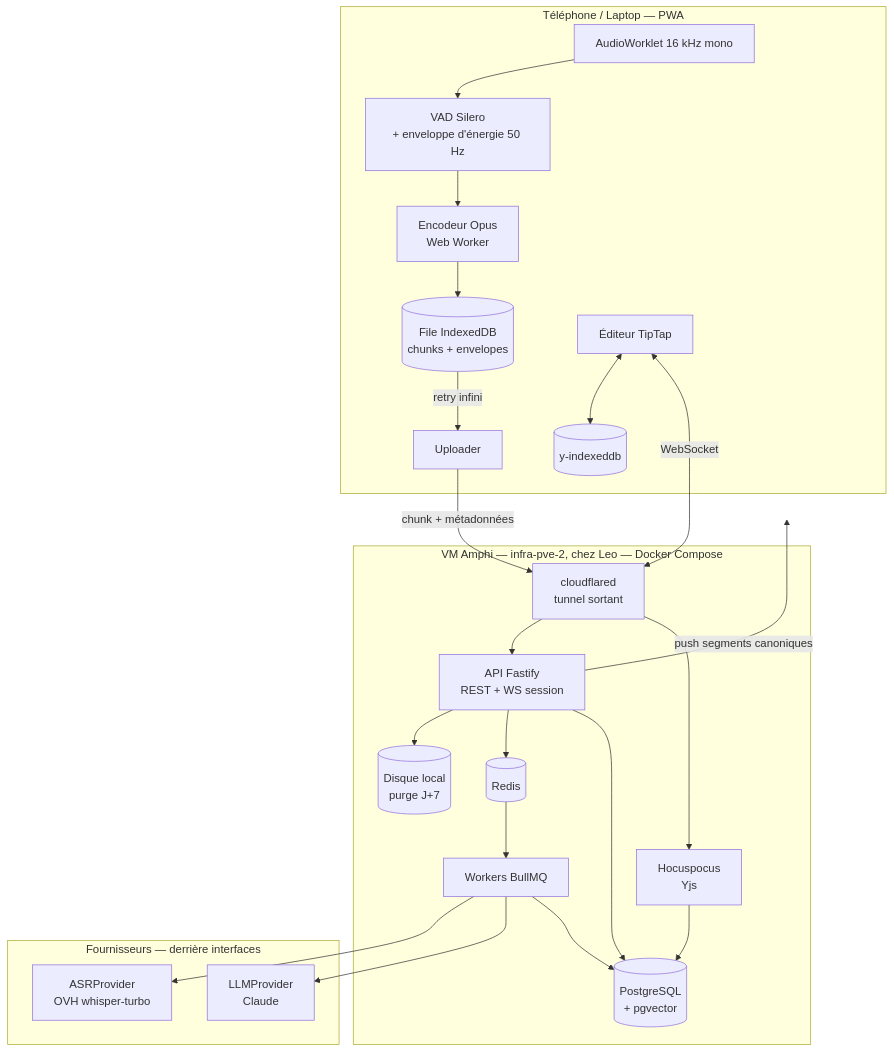
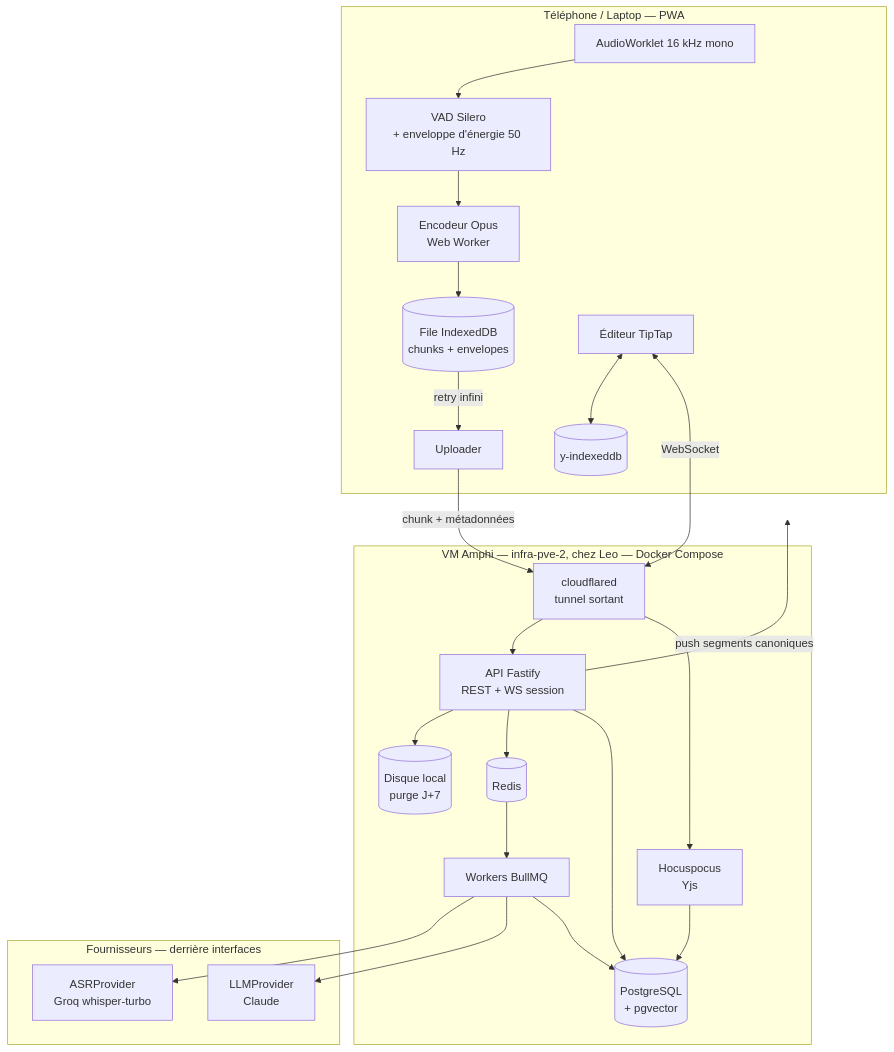
The first of 3 diagrams in ARCHITECTURE.md (Leo-bncf/Amphi), drawn with Mermaid before and after one commit. The commit also changed other lines of this file, not shown here.

Commit message:
M0: coherence Groq dans le schema et la conclusion 2
Claude-Session: https://claude.ai/code/session_01RarjVyEzx2H9fsGotFRf5N

````diff
--- a/ARCHITECTURE.md
+++ b/ARCHITECTURE.md
@@ -41,38 +41,38 @@
 ```mermaid
 graph TB
     subgraph Client["Téléphone / Laptop — PWA"]
         MIC["AudioWorklet 16 kHz mono"] --> VAD["VAD Silero<br/>+ enveloppe d'énergie 50 Hz"]
         VAD --> ENC["Encodeur Opus<br/>Web Worker"]
         ENC --> Q[("File IndexedDB<br/>chunks + envelopes")]
         Q -->|"retry infini"| UP["Uploader"]
         ED["Éditeur TipTap"] <--> YIDB[("y-indexeddb")]
     end
 
     subgraph Edge["VM Amphi — infra-pve-2, chez Leo — Docker Compose"]
         CFT["cloudflared<br/>tunnel sortant"]
         API["API Fastify<br/>REST + WS session"]
         RT["Hocuspocus<br/>Yjs"]
         W["Workers BullMQ"]
         PG[("PostgreSQL<br/>+ pgvector")]
         RD[("Redis")]
         FS[("Disque local<br/>purge J+7")]
     end
 
     subgraph Ext["Fournisseurs — derrière interfaces"]
-        ASR["ASRProvider<br/>OVH whisper-turbo"]
+        ASR["ASRProvider<br/>Groq whisper-turbo"]
         LLM["LLMProvider<br/>Claude"]
     end
 
     UP -->|"chunk + métadonnées"| CFT
     ED <-->|"WebSocket"| CFT
     CFT --> API
     CFT --> RT
     API --> FS
     API --> RD --> W
     W --> ASR
     W --> LLM
     W --> PG
     API --> PG
     RT --> PG
     API -->|"push segments canoniques"| Client
 ```
````
